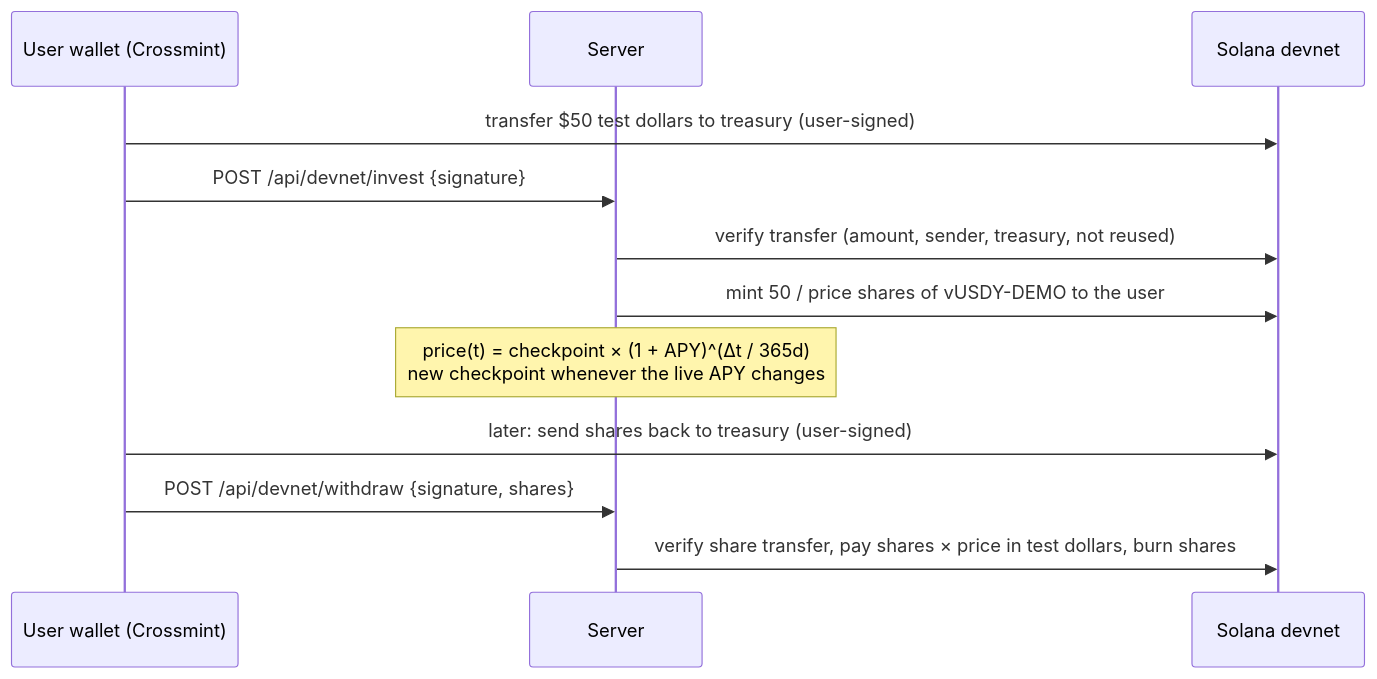
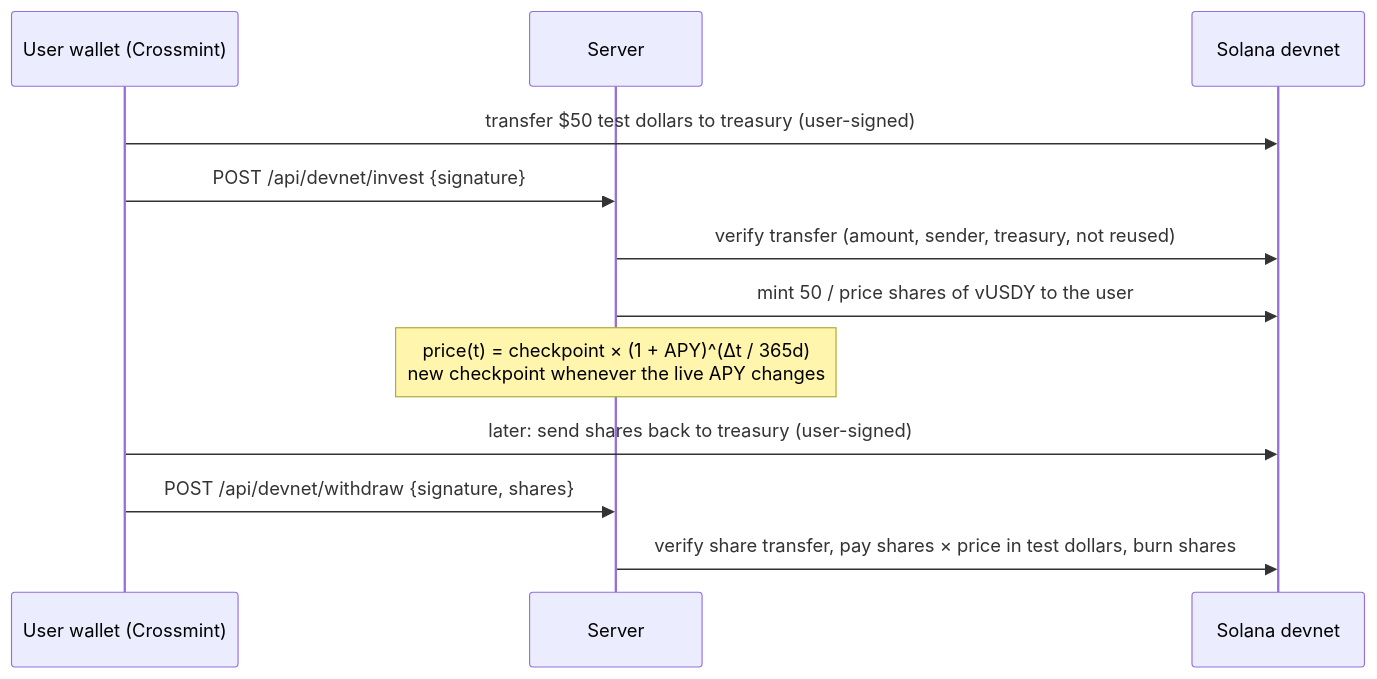
Before and after one commit to lengway/rwa-bridge: the third of 3 diagrams in docs/architecture.md, drawn with Mermaid. The commit also changed other lines of this file and 59 other files, not shown here.

````diff
--- a/docs/architecture.md
+++ b/docs/architecture.md
@@ -101,14 +101,14 @@
 ```mermaid
 sequenceDiagram
   participant U as User wallet (Crossmint)
   participant S as Server
   participant C as Solana devnet
   U->>C: transfer $50 test dollars to treasury (user-signed)
   U->>S: POST /api/devnet/invest {signature}
   S->>C: verify transfer (amount, sender, treasury, not reused)
-  S->>C: mint 50 / price shares of vUSDY-DEMO to the user
+  S->>C: mint 50 / price shares of vUSDY to the user
   Note over S: price(t) = checkpoint × (1 + APY)^(Δt / 365d)<br/>new checkpoint whenever the live APY changes
   U->>C: later: send shares back to treasury (user-signed)
   U->>S: POST /api/devnet/withdraw {signature, shares}
   S->>C: verify share transfer, pay shares × price in test dollars, burn shares
 ```
````
